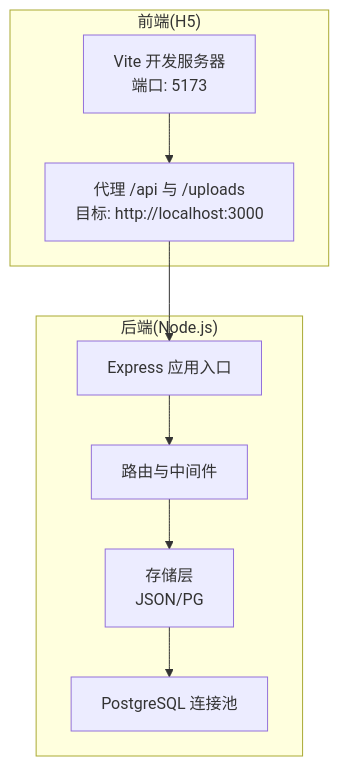
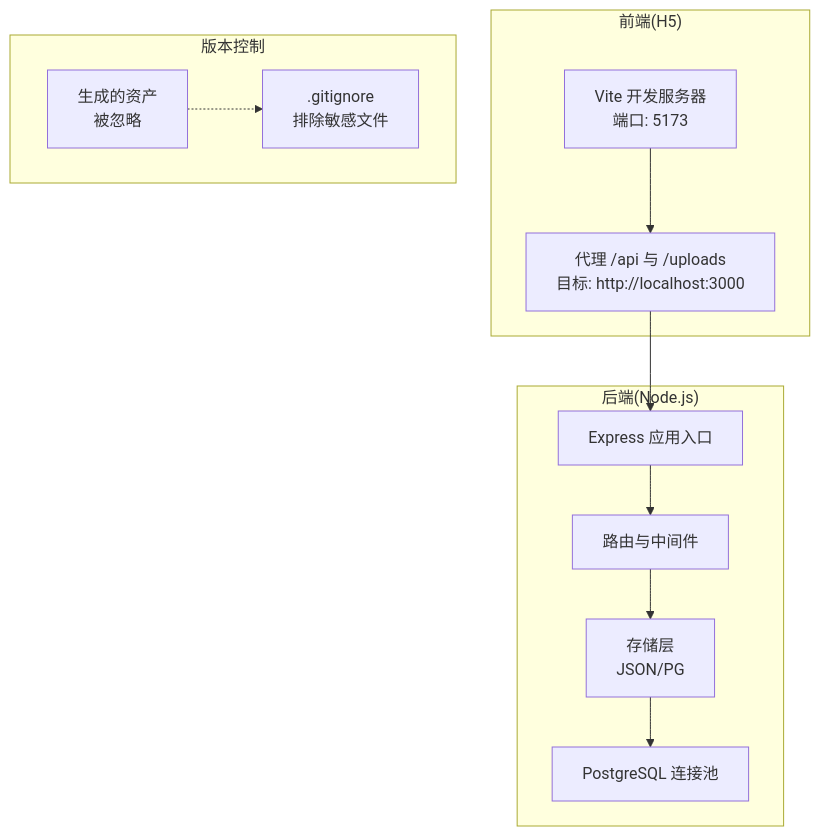
Before and after one commit to Giraffe-Han/microAPP: the first of 6 diagrams in .qoder/repowiki/zh/content/部署与运维/开发环境搭建.md, drawn with Mermaid. The commit also changed other lines of this file and 8 other files, not shown here.

Commit message:
update: 医疗配送图标改为红底白十字，金刚区医疗配送与服务评价位置互换

````diff
--- a/.qoder/repowiki/zh/content/部署与运维/开发环境搭建.md
+++ b/.qoder/repowiki/zh/content/部署与运维/开发环境搭建.md
@@ -45,18 +56,23 @@
 ```mermaid
 graph TB
 subgraph "前端(H5)"
 FE_Vite["Vite 开发服务器<br/>端口: 5173"]
 FE_Proxy["代理 /api 与 /uploads<br/>目标: http://localhost:3000"]
 end
 subgraph "后端(Node.js)"
 BE_Index["Express 应用入口"]
 BE_Routes["路由与中间件"]
 BE_DB["存储层<br/>JSON/PG"]
 BE_PG["PostgreSQL 连接池"]
 end
+subgraph "版本控制"
+GIT_Ignore[".gitignore<br/>排除敏感文件"]
+Generated_Assets["生成的资产<br/>被忽略"]
+end
 FE_Vite --> FE_Proxy
 FE_Proxy --> BE_Index
 BE_Index --> BE_Routes
 BE_Routes --> BE_DB
 BE_DB --> BE_PG
+Generated_Assets -.-> GIT_Ignore
 ```
````
